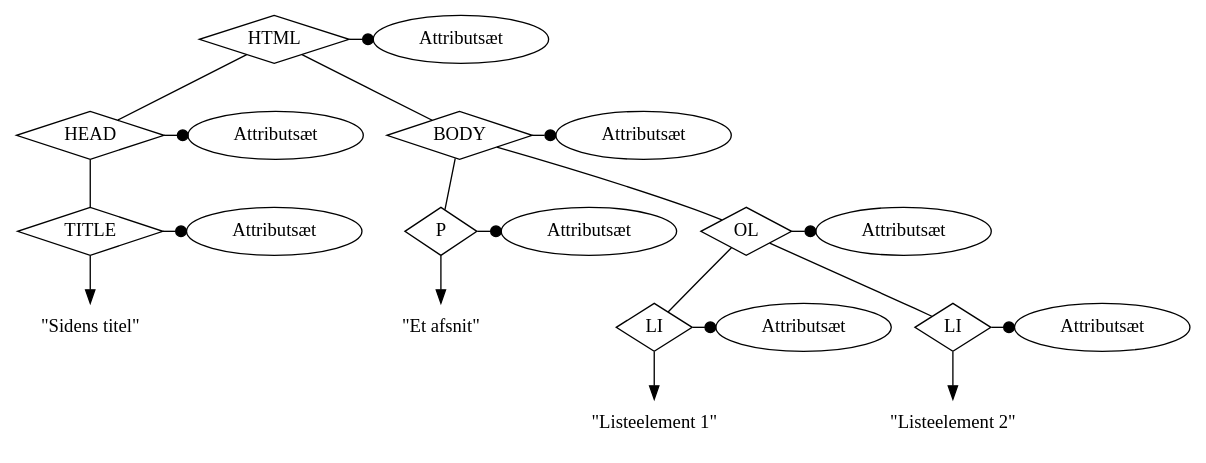
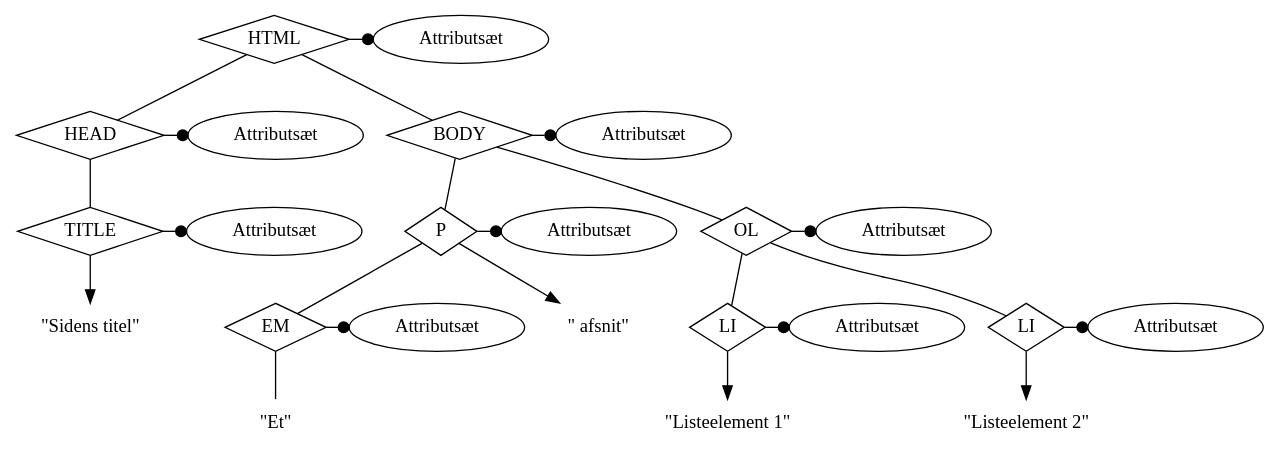
One commit to athas/webanalyzer changed the diagram in rapport/parsetree.dot. Above: the diagram before and after it, drawn with Graphviz. The commit also changed 2 other files, not shown here.

```diff
--- a/rapport/parsetree.dot
+++ b/rapport/parsetree.dot
@@ -1,62 +1,69 @@
 digraph g
 {
 //size="8,11"
 //margin=5
 //rankdir="LR";
 edge[arrowhead="none"];
 node[shape=diamond];
 //edge[arrowsize=0.7, len=0.7]
 
 HTML[label="HTML"];
 HEAD[label="HEAD"];
 TITLE[label="TITLE"];
 titel[label="\"Sidens titel\"", shape="none"];
 BODY[label="BODY"];
 P[label="P"];
+EM[label="EM"];
 OL[label="OL"];
 LI1[label="LI"];
 LI2[label="LI"];
 
 HTMLattrs[label="Attributsæt", shape="ellipse"];
 HEADattrs[label="Attributsæt", shape="ellipse"];
 TITLEattrs[label="Attributsæt", shape="ellipse"];
 BODYattrs[label="Attributsæt", shape="ellipse"];
 Pattrs[label="Attributsæt", shape="ellipse"];
-Ptekst[label="\"Et afsnit\"", shape="none"];
+Ptekst[label="\" afsnit\"", shape="none"];
+EMattrs[label="Attributsæt", shape="ellipse"];
+EMtekst[label="\"Et\"", shape="none"];
 OLattrs[label="Attributsæt", shape="ellipse"];
 LI1attrs[label="Attributsæt", shape="ellipse"];
 LI1tekst[label="\"Listeelement 1\"", shape="none"];
 LI2attrs[label="Attributsæt", shape="ellipse"];
 LI2tekst[label="\"Listeelement 2\"", shape="none"];
 
 {rank=same; HTML; HTMLattrs;}
 {rank=same; HEAD; HEADattrs;}
 {rank=same; TITLE; TITLEattrs;}
 {rank=same; BODY; BODYattrs;}
 {rank=same; P; Pattrs;}
+{rank=same; EM; EMattrs;}
 {rank=same; OL; OLattrs;}
 {rank=same; LI1; LI1attrs;}
 {rank=same; LI2; LI2attrs;}
 
 HTML-> HTMLattrs [arrowhead="dot"];
 HTML -> HEAD;
 HTML -> BODY;
 HEAD -> HEADattrs [arrowhead="dot"];
 HEAD -> TITLE;
 TITLE -> titel [arrowhead="normal"];
 TITLE -> TITLEattrs [arrowhead="dot"];
 BODY -> BODYattrs [arrowhead="dot"];
 BODY -> P;
 BODY -> OL;
 P -> Pattrs [arrowhead="dot"];
+P -> EM;
 P -> Ptekst [arrowhead="normal"];
+EM -> EMattrs [arrowhead="dot"];
+EM -> EMtekst;
 OL -> OLattrs [arrowhead="dot"];
 OL -> LI1;
 OL -> LI2;
 LI1 -> LI1attrs [arrowhead="dot"];
 LI1 -> LI1tekst [arrowhead="normal"];
 LI2 -> LI2attrs [arrowhead="dot"];
 LI2 -> LI2tekst [arrowhead="normal"];
 
 
 }
```
